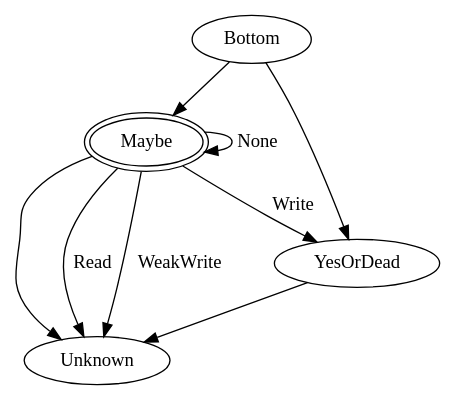
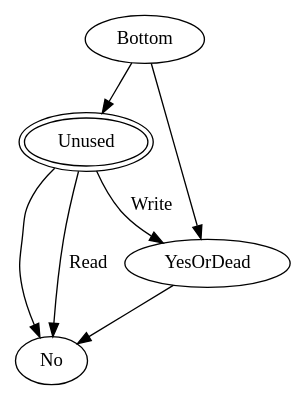
One commit to revng/revng changed the diagram in lib/EarlyFunctionAnalysis/ABIAnalyses/MFIGraphs/UsedReturnValuesOfFunction.dot. Above: the diagram before and after it, drawn with Graphviz. The commit also changed 6 other files, not shown here.

First line of the commit message:
Update Graphviz files for intraprocedural analysis

```diff
--- a/lib/EarlyFunctionAnalysis/ABIAnalyses/MFIGraphs/UsedReturnValuesOfFunction.dot
+++ b/lib/EarlyFunctionAnalysis/ABIAnalyses/MFIGraphs/UsedReturnValuesOfFunction.dot
@@ -1,22 +1,20 @@
 #
 # This file is distributed under the MIT License. See LICENSE.md for details.
 #
 
 digraph UsedReturnValuesOfFunction {
   Bottom;
-  Maybe [peripheries=2];
+  Unused [peripheries=2];
   YesOrDead;
-  Unknown;
+  No;
 
   # Lattice
+  Bottom->Unused;
   Bottom->YesOrDead;
-  Bottom->Maybe;
-  YesOrDead->Unknown;
-  Maybe->Unknown;
+  YesOrDead->No;
+  Unused->No;
 
   # Transfer functions
-  Maybe->YesOrDead [label="Write"];
-  Maybe->Unknown [label="Read"];
-  Maybe->Unknown [label="WeakWrite"];
-  Maybe->Maybe [label="None"];
+  Unused->YesOrDead [label="Write"];
+  Unused->No [label="Read"];
 }
```
